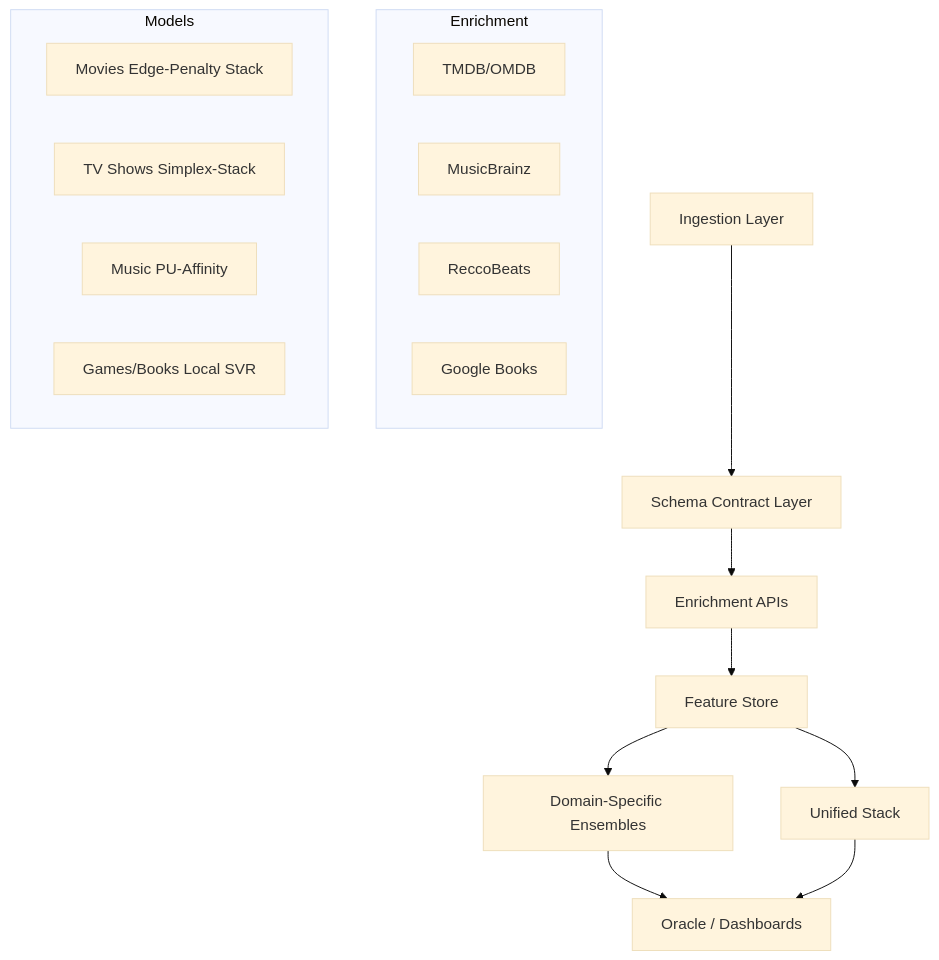
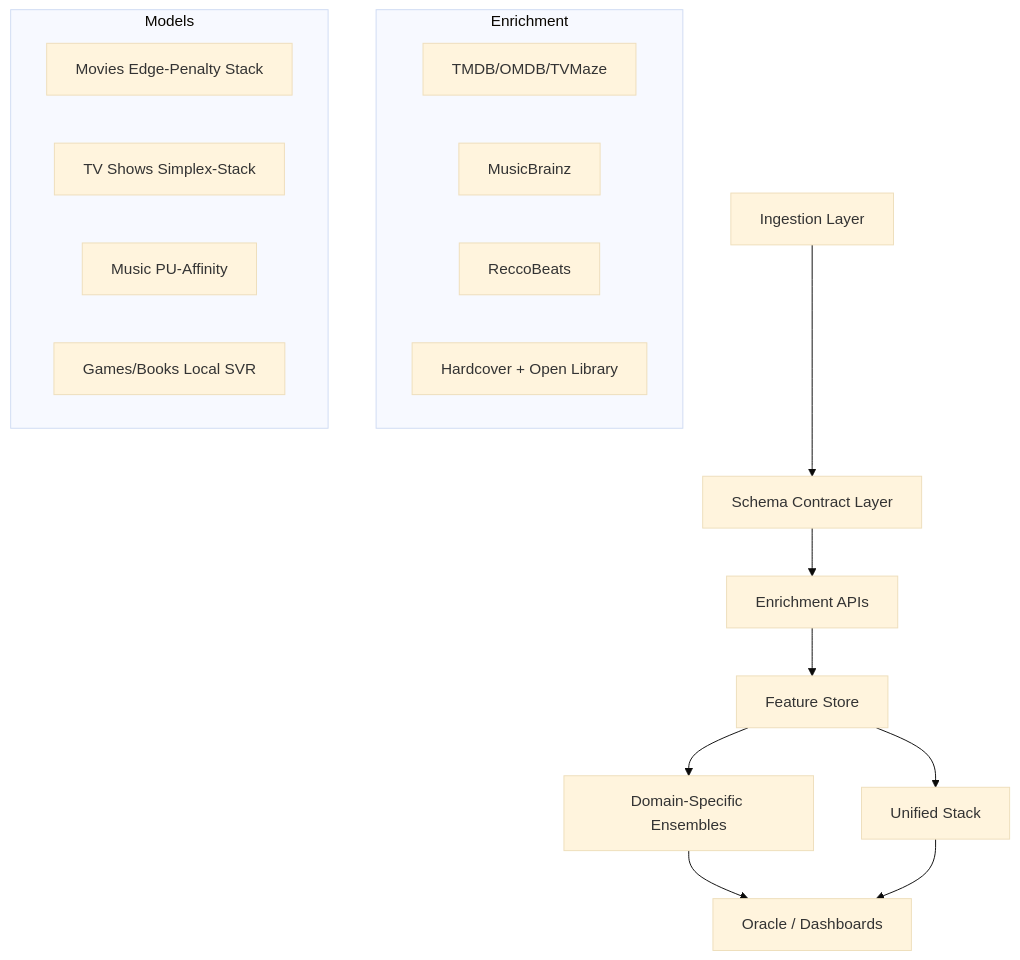
One commit to Paradox-73/Personal_Media_Intelligence_Hub changed the diagram in README.md. Above: the diagram before and after it, drawn with Mermaid (base theme). The commit also changed other lines of this file and 7 other files, not shown here.

````diff
--- a/README.md
+++ b/README.md
@@ -43,24 +43,24 @@
 ```mermaid
 graph TD
     A[Ingestion Layer] --> B[Schema Contract Layer]
     B --> C[Enrichment APIs]
     C --> D[Feature Store]
     D --> E[Domain-Specific Ensembles]
     D --> F[Unified Stack]
     E --> G[Oracle / Dashboards]
     F --> G
     
     subgraph Enrichment
-    C1[TMDB/OMDB]
+    C1[TMDB/OMDB/TVMaze]
     C2[MusicBrainz]
     C3[ReccoBeats]
-    C4[Google Books]
+    C4[Hardcover + Open Library]
     end
     
     subgraph Models
     E1[Movies Edge-Penalty Stack]
     E2[TV Shows Simplex-Stack]
     E3[Music PU-Affinity]
     E4[Games/Books Local SVR]
     end
 ```
````
